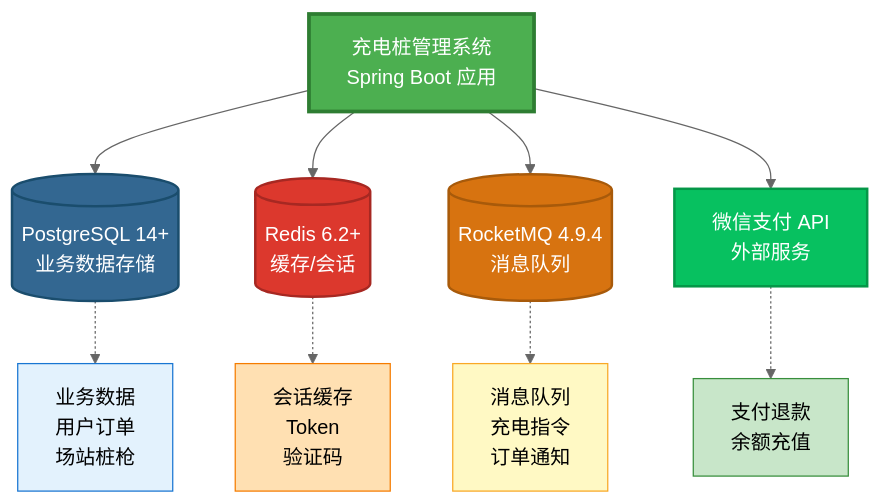
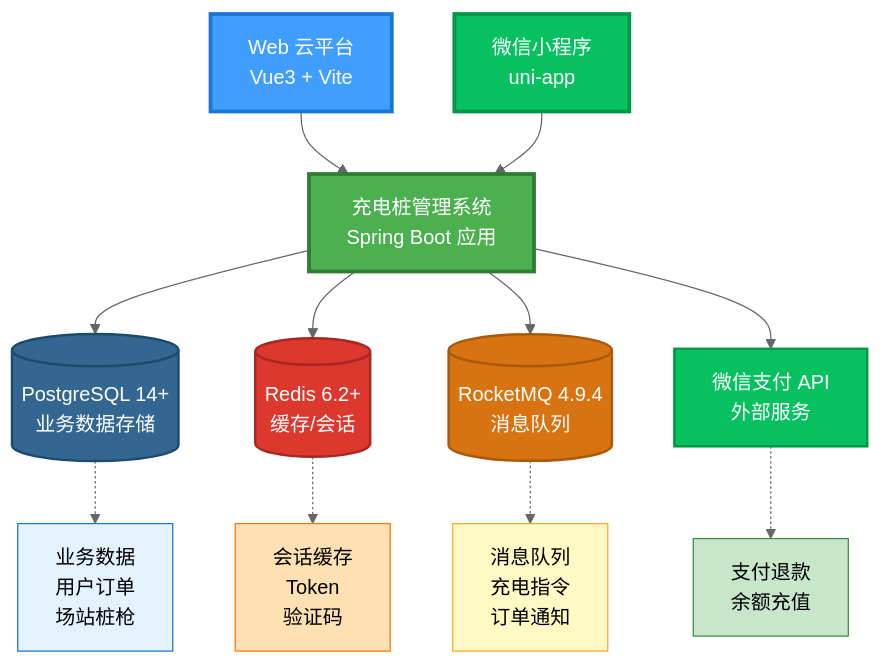
One commit to 100charge/100charge changed the diagram in Readme.zh-CN.md. Above: the diagram before and after it, drawn with Mermaid (neutral theme).

````diff
--- a/Readme.zh-CN.md
+++ b/Readme.zh-CN.md
@@ -195,25 +195,31 @@
 ```mermaid
 flowchart TB
-    APP[充电桩管理系统<br/>Spring Boot 应用]
+    WEB[Web 云平台<br/>Vue3 + Vite]
+    MINI[微信小程序<br/>uni-app]
+    
+    WEB --> APP[充电桩管理系统<br/>Spring Boot 应用]
+    MINI --> APP
 
     APP --> PG[(PostgreSQL 14+<br/>业务数据存储)]
     APP --> REDIS[(Redis 6.2+<br/>缓存/会话)]
     APP --> MQ[(RocketMQ 4.9.4<br/>消息队列)]
     APP --> WECHAT[微信支付 API<br/>外部服务]
 
     PG -.-> PGDATA[业务数据<br/>用户订单<br/>场站桩枪]
     REDIS -.-> RCACHE[会话缓存<br/>Token<br/>验证码]
     MQ -.-> MQMSG[消息队列<br/>充电指令<br/>订单通知]
     WECHAT -.-> PAY[支付退款<br/>余额充值]
 
+    style WEB fill:#409EFF,stroke:#1976D2,stroke-width:3px,color:#fff
+    style MINI fill:#07C160,stroke:#059748,stroke-width:3px,color:#fff
     style APP fill:#4CAF50,stroke:#2E7D32,stroke-width:3px,color:#fff
     style PG fill:#336791,stroke:#1a4d6d,stroke-width:2px,color:#fff
     style REDIS fill:#DC382D,stroke:#a72822,stroke-width:2px,color:#fff
     style MQ fill:#D77310,stroke:#a85a0a,stroke-width:2px,color:#fff
     style WECHAT fill:#07C160,stroke:#059748,stroke-width:2px,color:#fff
 
     style PGDATA fill:#E3F2FD,stroke:#1976D2,stroke-width:1px
     style RCACHE fill:#FFE0B2,stroke:#F57C00,stroke-width:1px
     style MQMSG fill:#FFF9C4,stroke:#F9A825,stroke-width:1px
     style PAY fill:#C8E6C9,stroke:#388E3C,stroke-width:1px
 ```
````
